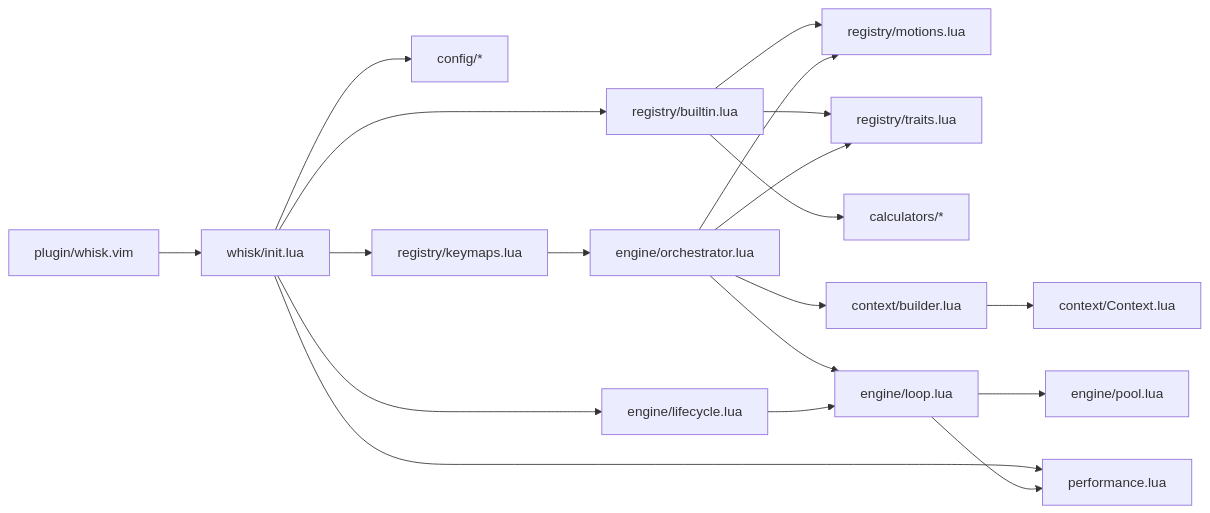
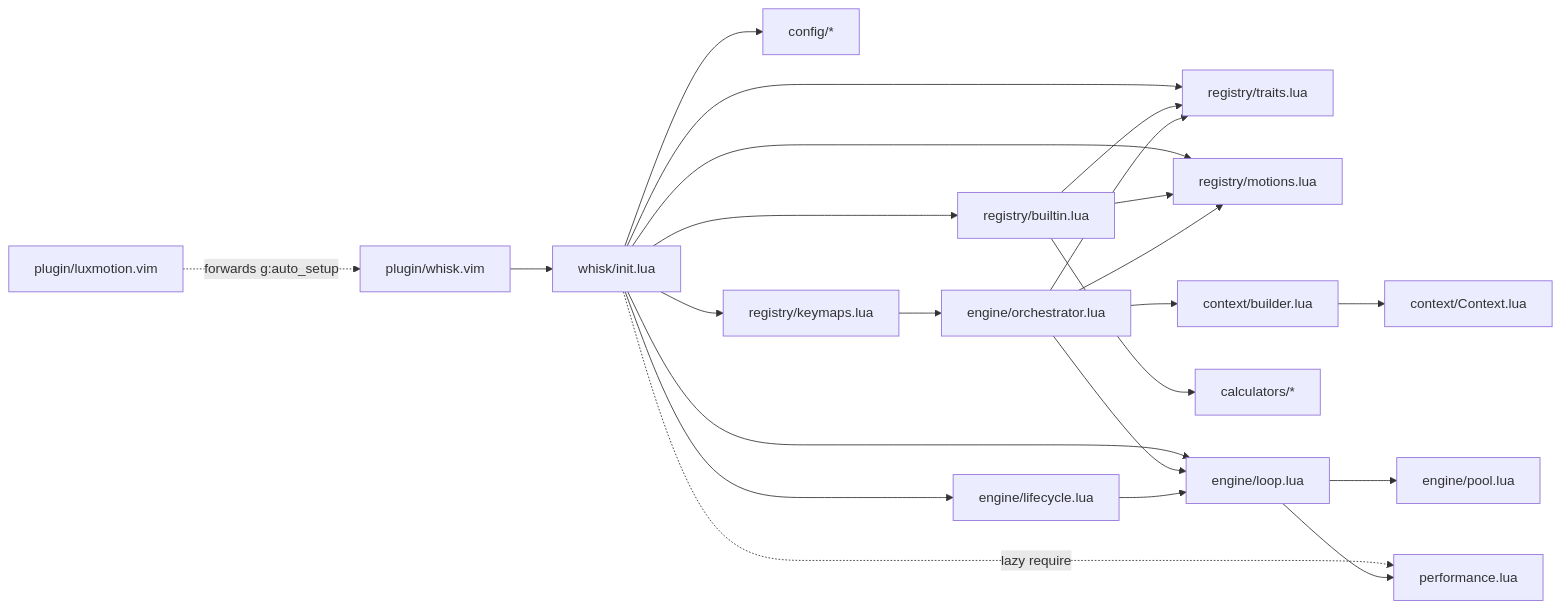
One commit to josstei/whisk.nvim changed the second of 2 diagrams in docs/ARCHITECTURE.md. Above: the diagram before and after it, drawn with Mermaid. The commit also changed other lines of this file and 2 other files, not shown here.

````diff
--- a/docs/ARCHITECTURE.md
+++ b/docs/ARCHITECTURE.md
@@ -92,24 +99,28 @@
 ```mermaid
 flowchart LR
-  plugin[plugin/whisk.vim] --> init[whisk/init.lua]
+  shim[plugin/luxmotion.vim] -.->|forwards g:auto_setup| plugin[plugin/whisk.vim]
+  plugin --> init[whisk/init.lua]
   init --> config[config/*]
   init --> builtin[registry/builtin.lua]
   init --> keymaps_reg[registry/keymaps.lua]
-  init --> perf[performance.lua]
+  init --> traits_reg[registry/traits.lua]
+  init --> motions[registry/motions.lua]
+  init --> loop[engine/loop.lua]
   init --> lifecycle[engine/lifecycle.lua]
+  init -.->|lazy require| perf[performance.lua]
 
-  builtin --> motions[registry/motions.lua]
-  builtin --> traits_reg[registry/traits.lua]
+  builtin --> motions
+  builtin --> traits_reg
   builtin --> calcs[calculators/*]
 
   keymaps_reg --> orch[engine/orchestrator.lua]
   orch --> motions
   orch --> traits_reg
   orch --> builder[context/builder.lua]
-  orch --> loop[engine/loop.lua]
+  orch --> loop
 
   builder --> ctx[context/Context.lua]
   loop --> pool[engine/pool.lua]
   loop --> perf
   lifecycle --> loop
 ```
````
